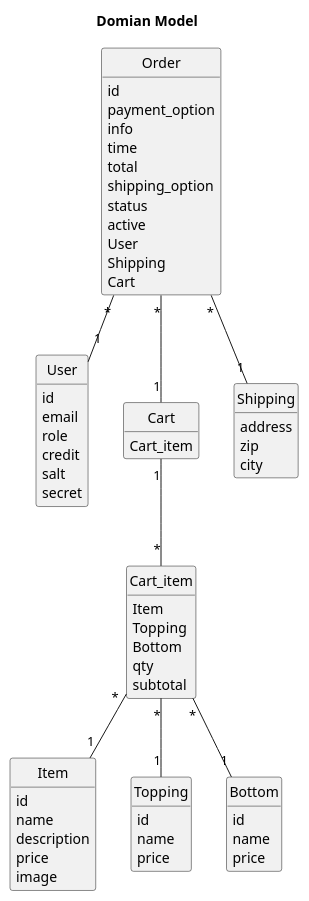
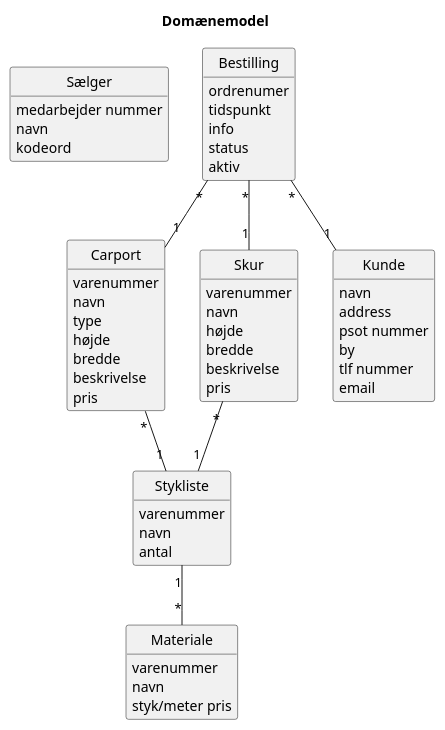
The diagram in src/main/UML/CupCake_Domain_Model.puml (codergram/Fog), drawn with PlantUML before and after one commit. The commit also changed 52 other files, not shown here.

```diff
--- a/src/main/UML/CupCake_Domain_Model.puml
+++ b/src/main/UML/CupCake_Domain_Model.puml
@@ -1,80 +1,72 @@
 @startuml
-Title Domian Model
+Title Domænemodel
 
 hide circle
 hide methods
 
-class User {
-    id
-    email
-    role
-    credit
-    salt
-    secret
+class Sælger {
+    medarbejder nummer
+    navn
+    kodeord
 }
 
-class Item {
-    id
-    name
-    description
-    price
-    image
+class Carport {
+    varenummer
+    navn
+    type
+    højde
+    bredde
+    beskrivelse
+    pris
 }
 
-class Topping {
-    id
-    name
-    price
+class Skur {
+    varenummer
+    navn
+    højde
+    bredde
+    beskrivelse
+    pris
 }
 
-class Bottom {
-    id
-    name
-    price
+class Kunde {
+    navn
+    address
+    psot nummer
+    by
+    tlf nummer
+    email
 }
 
-class Cart_item {
-    Item
-    Topping
-    Bottom
-    qty
-    subtotal
+class Bestilling {
+    ordrenumer
+    tidspunkt
+    info
+    status
+    aktiv
 }
 
-class Cart {
-    Cart_item
+class Stykliste {
+    varenummer
+    navn
+    antal
 }
 
-
-class Shipping {
-    address
-    zip
-    city
+class Materiale {
+    varenummer
+    navn
+    styk/meter pris
 }
 
-class Order {
-    id
-    payment_option
-    info
-    time
-    total
-    shipping_option
-    status
-    active
-    User
-    Shipping
-    Cart
-}
+Bestilling "*" -- "1" Carport
+Bestilling "*" -- "1" Skur
+Bestilling "*" -- "1" Kunde
+Carport "*" -- "1" Stykliste
+Skur "*" -- "1" Stykliste
+Stykliste "1" -- "*" Materiale
 
-Order "*" -- "1" Shipping
-Order "*" -- "1" User
-Order "*" -- "1" Cart
-Cart "1" -- "*" Cart_item
-Cart_item "*" -- "1" Topping
-Cart_item "*" -- "1" Bottom
-Cart_item "*" -- "1" Item
 
 
 
 
 @enduml
```
